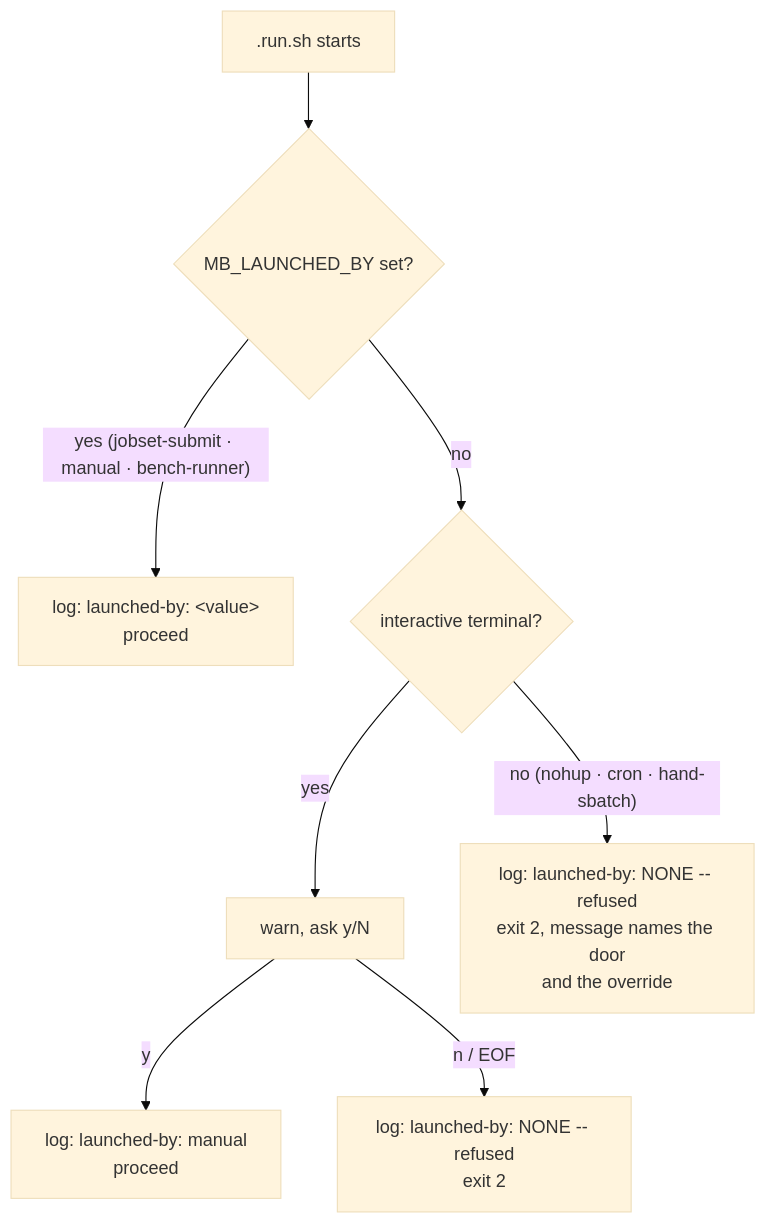
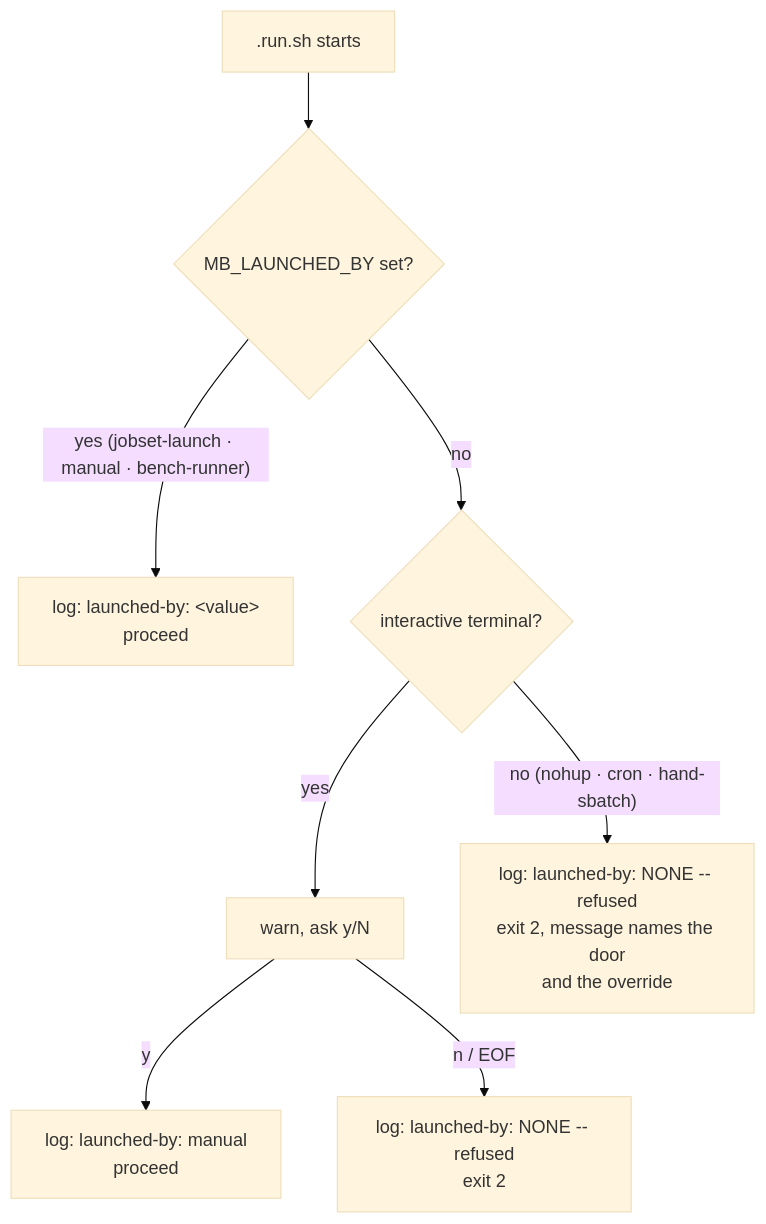
Before and after one commit to Qing-LAB/molbuilder: the fifth of 6 diagrams in docs/execution/running-a-job.md, drawn with Mermaid (base theme). The commit also changed other lines of this file and 21 other files, not shown here.

````diff
--- a/docs/execution/running-a-job.md
+++ b/docs/execution/running-a-job.md
@@ -1035,10 +1035,10 @@
 ```mermaid
 flowchart TD
     A[".run.sh starts"] --> B{"MB_LAUNCHED_BY set?"}
-    B -- "yes (jobset-submit · manual · bench-runner)" --> C["log: launched-by: &lt;value&gt;<br/>proceed"]
+    B -- "yes (jobset-launch · manual · bench-runner)" --> C["log: launched-by: &lt;value&gt;<br/>proceed"]
     B -- no --> D{"interactive terminal?"}
     D -- yes --> E["warn, ask y/N"]
     E -- y --> C2["log: launched-by: manual<br/>proceed"]
     E -- "n / EOF" --> F["log: launched-by: NONE -- refused<br/>exit 2"]
     D -- "no (nohup · cron · hand-sbatch)" --> G["log: launched-by: NONE -- refused<br/>exit 2, message names the door<br/>and the override"]
 ```
````
